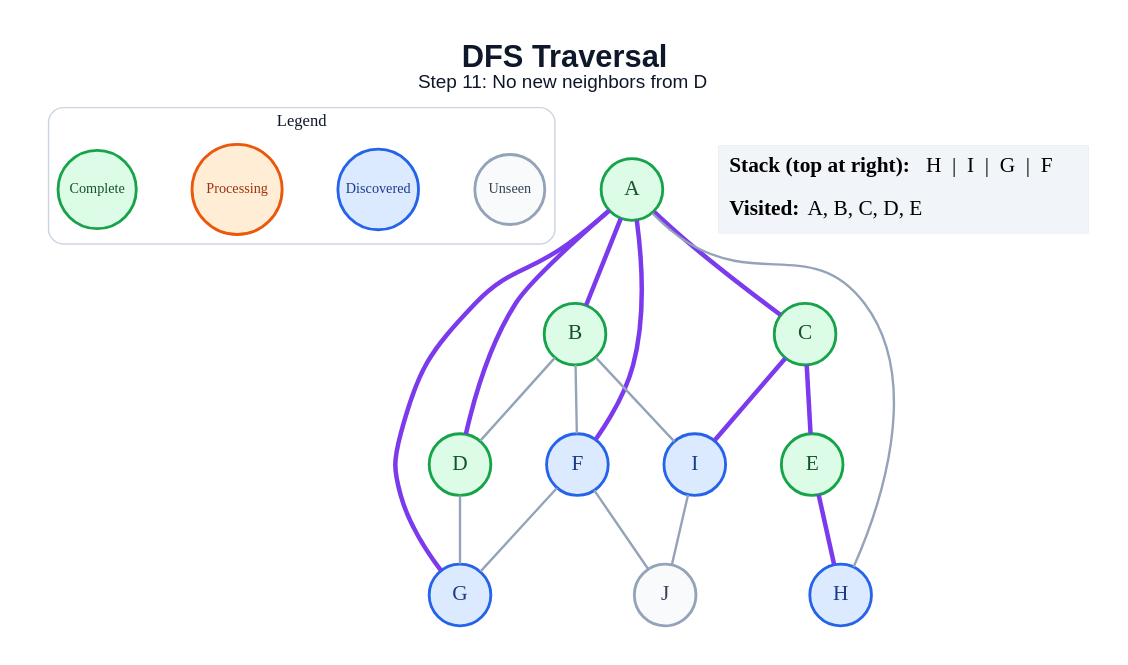
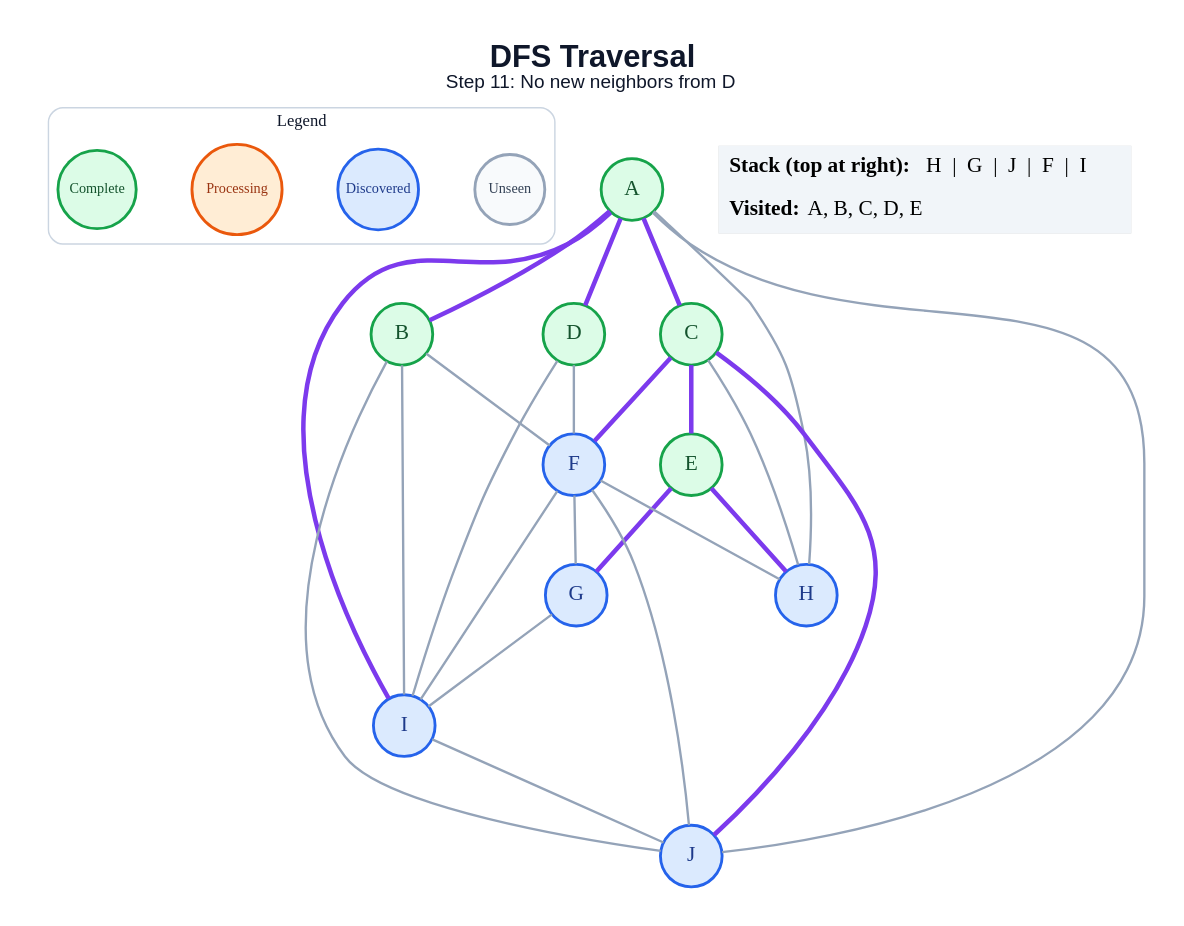
The diagram in generated/specific-node/dfs/step_11.dot (amanghodawala9/ai-slop), drawn with Graphviz before and after one commit. The commit also changed 178 other files, not shown here.

```diff
--- a/generated/specific-node/dfs/step_11.dot
+++ b/generated/specific-node/dfs/step_11.dot
@@ -1,45 +1,52 @@
 graph traversal {
   graph [layout=dot, rankdir=TB, bgcolor="#FFFFFF", pad="0.35", nodesep="0.65", ranksep="0.8", fontname="Arial"];
   node [shape=circle, style="filled", fontname="Arial Bold", fontsize=18, width=0.72, fixedsize=true, penwidth=2.4];
   edge [color="#94A3B8", penwidth=2.0];
   label=<<B>DFS Traversal</B><BR/><FONT POINT-SIZE="16">Step 11: No new neighbors from D</FONT>>; labelloc="t"; fontsize=26; fontname="Arial"; fontcolor="#0F172A";
   subgraph cluster_legend { label="Legend"; color="#CBD5E1"; penwidth=1.2; style="rounded"; fontsize=14; fontname="Arial Bold";
     key_unseen [label="Unseen", fillcolor="#F8FAFC", color="#94A3B8", fontcolor="#334155", fontsize=12, width=0.82];
     key_frontier [label="Discovered", fillcolor="#DBEAFE", color="#2563EB", fontcolor="#1E3A8A", fontsize=12, width=0.95];
     key_current [label="Processing", fillcolor="#FFEDD5", color="#EA580C", fontcolor="#9A3412", fontsize=12, width=1.05];
     key_done [label="Complete", fillcolor="#DCFCE7", color="#16A34A", fontcolor="#14532D", fontsize=12, width=0.92];
     { rank=same; key_unseen; key_frontier; key_current; key_done; }
   }
   A [fillcolor="#DCFCE7", color="#16A34A", fontcolor="#14532D"];
   B [fillcolor="#DCFCE7", color="#16A34A", fontcolor="#14532D"];
   C [fillcolor="#DCFCE7", color="#16A34A", fontcolor="#14532D"];
   D [fillcolor="#DCFCE7", color="#16A34A", fontcolor="#14532D"];
   E [fillcolor="#DCFCE7", color="#16A34A", fontcolor="#14532D"];
   F [fillcolor="#DBEAFE", color="#2563EB", fontcolor="#1E3A8A"];
   G [fillcolor="#DBEAFE", color="#2563EB", fontcolor="#1E3A8A"];
   H [fillcolor="#DBEAFE", color="#2563EB", fontcolor="#1E3A8A"];
   I [fillcolor="#DBEAFE", color="#2563EB", fontcolor="#1E3A8A"];
-  J [fillcolor="#F8FAFC", color="#94A3B8", fontcolor="#334155"];
+  J [fillcolor="#DBEAFE", color="#2563EB", fontcolor="#1E3A8A"];
   A -- B [color="#7C3AED", penwidth=3.8];
   A -- C [color="#7C3AED", penwidth=3.8];
   A -- D [color="#7C3AED", penwidth=3.8];
-  A -- F [color="#7C3AED", penwidth=3.8];
-  A -- G [color="#7C3AED", penwidth=3.8];
   A -- H;
-  B -- D;
+  A -- I [color="#7C3AED", penwidth=3.8];
+  A -- J;
   B -- F;
   B -- I;
+  B -- J;
   C -- E [color="#7C3AED", penwidth=3.8];
-  C -- I [color="#7C3AED", penwidth=3.8];
-  D -- G;
+  C -- F [color="#7C3AED", penwidth=3.8];
+  C -- H;
+  C -- J [color="#7C3AED", penwidth=3.8];
+  D -- F;
+  D -- I;
+  E -- G [color="#7C3AED", penwidth=3.8];
   E -- H [color="#7C3AED", penwidth=3.8];
   F -- G;
+  F -- H;
+  F -- I;
   F -- J;
+  G -- I;
   I -- J;
   status [shape=plain, fixedsize=false, width=0, height=0, margin=0, label=<
     <TABLE BORDER="0" CELLBORDER="0" CELLPADDING="7" BGCOLOR="#F1F5F9">
-      <TR><TD ALIGN="LEFT"><B>Stack (top at right):</B> H  |  I  |  G  |  F</TD></TR>
+      <TR><TD ALIGN="LEFT"><B>Stack (top at right):</B> H  |  G  |  J  |  F  |  I</TD></TR>
       <TR><TD ALIGN="LEFT"><B>Visited:</B> A, B, C, D, E</TD></TR>
     </TABLE>
   >];
 }
```
